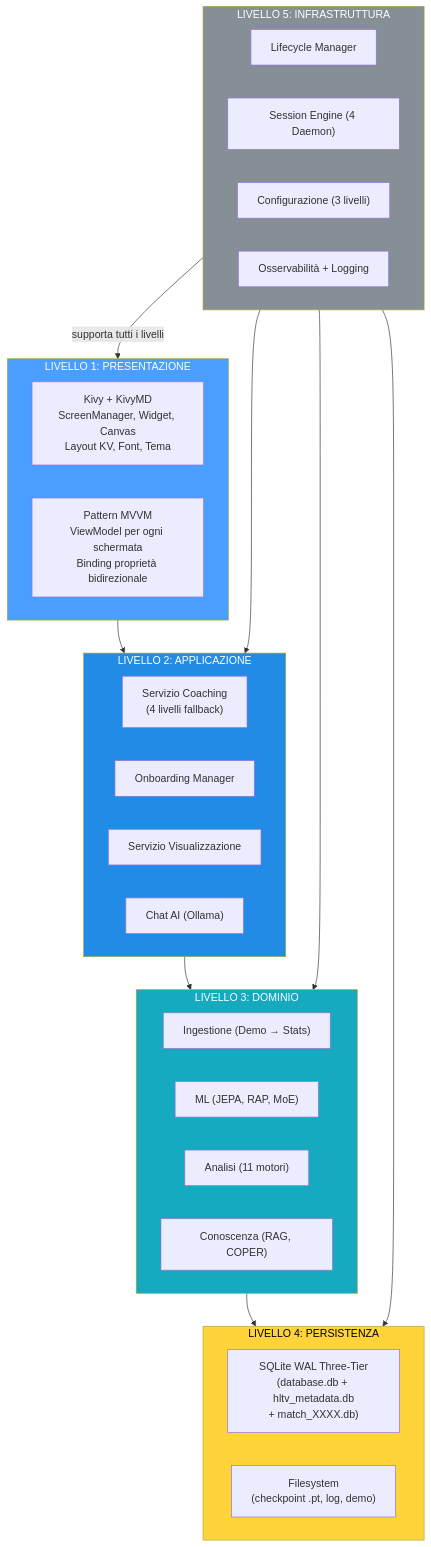
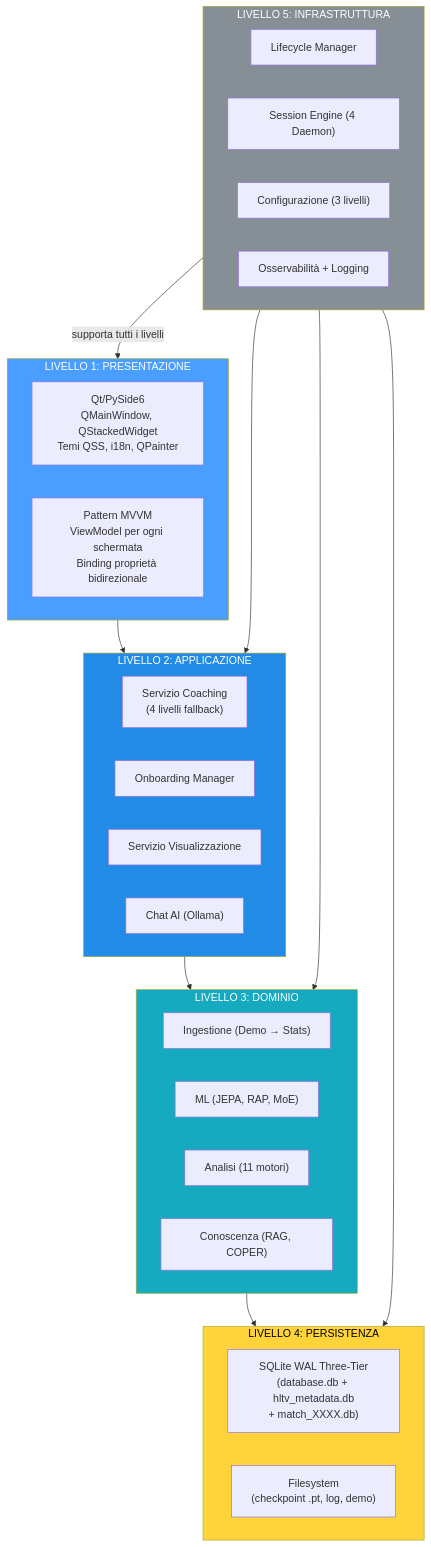
Diagram 50 of 53 in docs/books/Book-Coach-3.md (renanaugustomacena-ux/Counter-Strike-coach-AI), drawn with Mermaid before and after one commit. The commit also changed other lines of this file and 2 other files, not shown here.

First line of the commit message:
docs: update Book-Coach-3 trilogy — remove Kivy, fix screen/test counts

````diff
--- a/docs/books/Book-Coach-3.md
+++ b/docs/books/Book-Coach-3.md
@@ -2795,43 +2722,43 @@
 ```mermaid
 flowchart TB
     subgraph L1["LIVELLO 1: PRESENTAZIONE"]
-        KIVY["Kivy + KivyMD<br/>ScreenManager, Widget, Canvas<br/>Layout KV, Font, Tema"]
+        QT["Qt/PySide6<br/>QMainWindow, QStackedWidget<br/>Temi QSS, i18n, QPainter"]
         MVVM["Pattern MVVM<br/>ViewModel per ogni schermata<br/>Binding proprietà bidirezionale"]
     end
     subgraph L2["LIVELLO 2: APPLICAZIONE"]
         COACHING["Servizio Coaching<br/>(4 livelli fallback)"]
         ONBOARD["Onboarding Manager"]
         VIS["Servizio Visualizzazione"]
         CHAT["Chat AI (Ollama)"]
     end
     subgraph L3["LIVELLO 3: DOMINIO"]
         INGEST["Ingestione (Demo → Stats)"]
         ML["ML (JEPA, RAP, MoE)"]
         ANALYSIS["Analisi (11 motori)"]
         KNOWLEDGE["Conoscenza (RAG, COPER)"]
     end
     subgraph L4["LIVELLO 4: PERSISTENZA"]
         SQLITE["SQLite WAL Three-Tier<br/>(database.db + hltv_metadata.db<br/>+ match_XXXX.db)"]
         FILES["Filesystem<br/>(checkpoint .pt, log, demo)"]
     end
     subgraph L5["LIVELLO 5: INFRASTRUTTURA"]
         LIFECYCLE["Lifecycle Manager"]
         SESSION["Session Engine (4 Daemon)"]
         CONFIG["Configurazione (3 livelli)"]
         LOGGING["Osservabilità + Logging"]
     end
 
     L1 --> L2
     L2 --> L3
     L3 --> L4
     L5 -->|"supporta tutti i livelli"| L1
     L5 --> L2
     L5 --> L3
     L5 --> L4
 
     style L1 fill:#4a9eff,color:#fff
     style L2 fill:#228be6,color:#fff
     style L3 fill:#15aabf,color:#fff
     style L4 fill:#ffd43b,color:#000
     style L5 fill:#868e96,color:#fff
 ```
````
